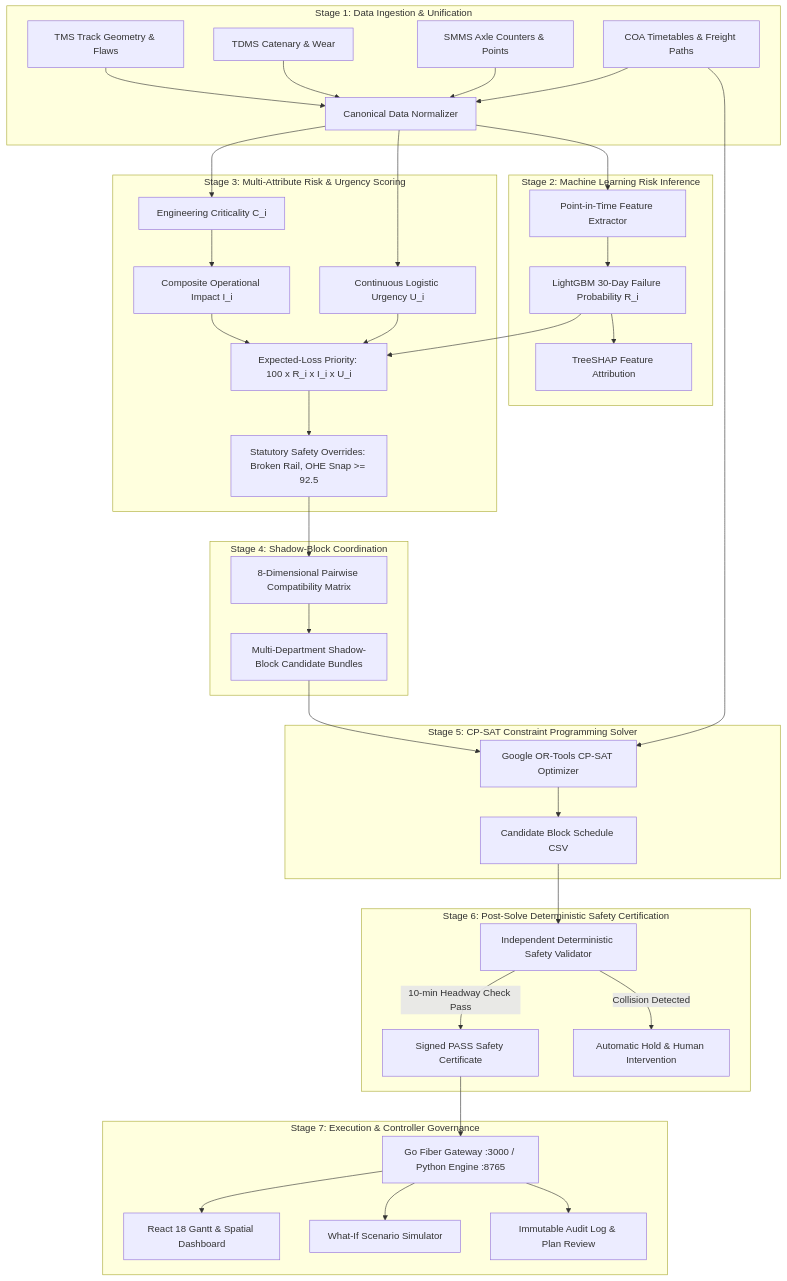
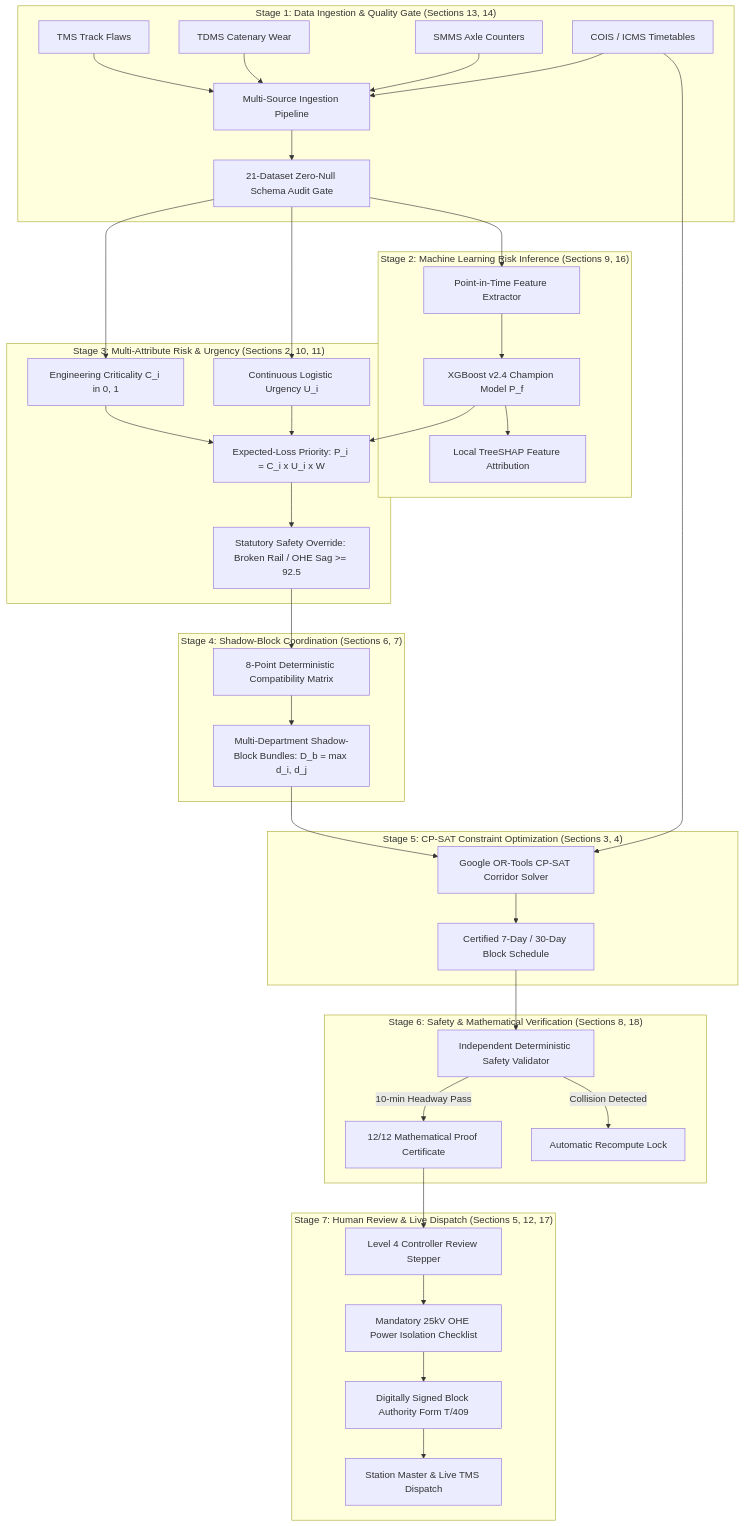
One commit to sushmitasingh008aug-lgtm/Railway_Project-final- changed the second of 2 diagrams in README.md. Above: the diagram before and after it, drawn with Mermaid. The commit also changed other lines of this file, not shown here.

Commit message:
docs: update main README with 18-section UI architecture, multi-color component taxonomy, and presentation resources

````diff
--- a/README.md
+++ b/README.md
@@ -94,46 +164,46 @@
 ```mermaid
 flowchart TD
-    subgraph S1["Stage 1: Data Ingestion & Unification"]
-        D1[TMS Track Geometry & Flaws] --> U[Canonical Data Normalizer]
-        D2[TDMS Catenary & Wear] --> U
-        D3[SMMS Axle Counters & Points] --> U
-        D4[COA Timetables & Freight Paths] --> U
+    subgraph S1["Stage 1: Data Ingestion & Quality Gate (Sections 13, 14)"]
+        D1[TMS Track Flaws] --> U[Multi-Source Ingestion Pipeline]
+        D2[TDMS Catenary Wear] --> U
+        D3[SMMS Axle Counters] --> U
+        D4[COIS / ICMS Timetables] --> U
+        U --> Q[21-Dataset Zero-Null Schema Audit Gate]
     end
 
-    subgraph S2["Stage 2: Machine Learning Risk Inference"]
-        U --> FE[Point-in-Time Feature Extractor]
-        FE --> ML[LightGBM 30-Day Failure Probability R_i]
-        ML --> SHAP[TreeSHAP Feature Attribution]
+    subgraph S2["Stage 2: Machine Learning Risk Inference (Sections 9, 16)"]
+        Q --> FE[Point-in-Time Feature Extractor]
+        FE --> ML[XGBoost v2.4 Champion Model P_f]
+        ML --> SHAP[Local TreeSHAP Feature Attribution]
     end
 
-    subgraph S3["Stage 3: Multi-Attribute Risk & Urgency Scoring"]
-        U --> CRIT[Engineering Criticality C_i]
-        U --> URG[Continuous Logistic Urgency U_i]
-        CRIT --> IMP[Composite Operational Impact I_i]
-        ML & IMP & URG --> PRIO[Expected-Loss Priority: 100 x R_i x I_i x U_i]
-        PRIO --> OVR[Statutory Safety Overrides: Broken Rail, OHE Snap >= 92.5]
+    subgraph S3["Stage 3: Multi-Attribute Risk & Urgency (Sections 2, 10, 11)"]
+        Q --> CRIT[Engineering Criticality C_i in 0, 1]
+        Q --> URG[Continuous Logistic Urgency U_i]
+        CRIT & ML & URG --> PRIO[Expected-Loss Priority: P_i = C_i x U_i x W]
+        PRIO --> OVR[Statutory Safety Override: Broken Rail / OHE Sag >= 92.5]
     end
 
-    subgraph S4["Stage 4: Shadow-Block Coordination"]
-        OVR --> COMP[8-Dimensional Pairwise Compatibility Matrix]
-        COMP --> BUNDLE[Multi-Department Shadow-Block Candidate Bundles]
+    subgraph S4["Stage 4: Shadow-Block Coordination (Sections 6, 7)"]
+        OVR --> COMP[8-Point Deterministic Compatibility Matrix]
+        COMP --> BUNDLE[Multi-Department Shadow-Block Bundles: D_b = max d_i, d_j]
     end
 
-    subgraph S5["Stage 5: CP-SAT Constraint Programming Solver"]
-        BUNDLE & D4 --> SOLVER[Google OR-Tools CP-SAT Optimizer]
-        SOLVER --> RAW[Candidate Block Schedule CSV]
+    subgraph S5["Stage 5: CP-SAT Constraint Optimization (Sections 3, 4)"]
+        BUNDLE & D4 --> SOLVER[Google OR-Tools CP-SAT Corridor Solver]
+        SOLVER --> RAW[Certified 7-Day / 30-Day Block Schedule]
     end
 
-    subgraph S6["Stage 6: Post-Solve Deterministic Safety Certification"]
+    subgraph S6["Stage 6: Safety & Mathematical Verification (Sections 8, 18)"]
         RAW --> VAL[Independent Deterministic Safety Validator]
-        VAL -->|10-min Headway Check Pass| CERT[Signed PASS Safety Certificate]
-        VAL -->|Collision Detected| REJECT[Automatic Hold & Human Intervention]
+        VAL -->|10-min Headway Pass| CERT[12/12 Mathematical Proof Certificate]
+        VAL -->|Collision Detected| REJECT[Automatic Recompute Lock]
     end
 
-    subgraph S7["Stage 7: Execution & Controller Governance"]
-        CERT --> API[Go Fiber Gateway :3000 / Python Engine :8765]
-        API --> UI[React 18 Gantt & Spatial Dashboard]
-        API --> WHATIF[What-If Scenario Simulator]
-        API --> AUDIT[Immutable Audit Log & Plan Review]
+    subgraph S7["Stage 7: Human Review & Live Dispatch (Sections 5, 12, 17)"]
+        CERT --> L4[Level 4 Controller Review Stepper]
+        L4 --> CHECK[Mandatory 25kV OHE Power Isolation Checklist]
+        CHECK --> SIGN[Digitally Signed Block Authority Form T/409]
+        SIGN --> DISPATCH[Station Master & Live TMS Dispatch]
     end
 ```
````
